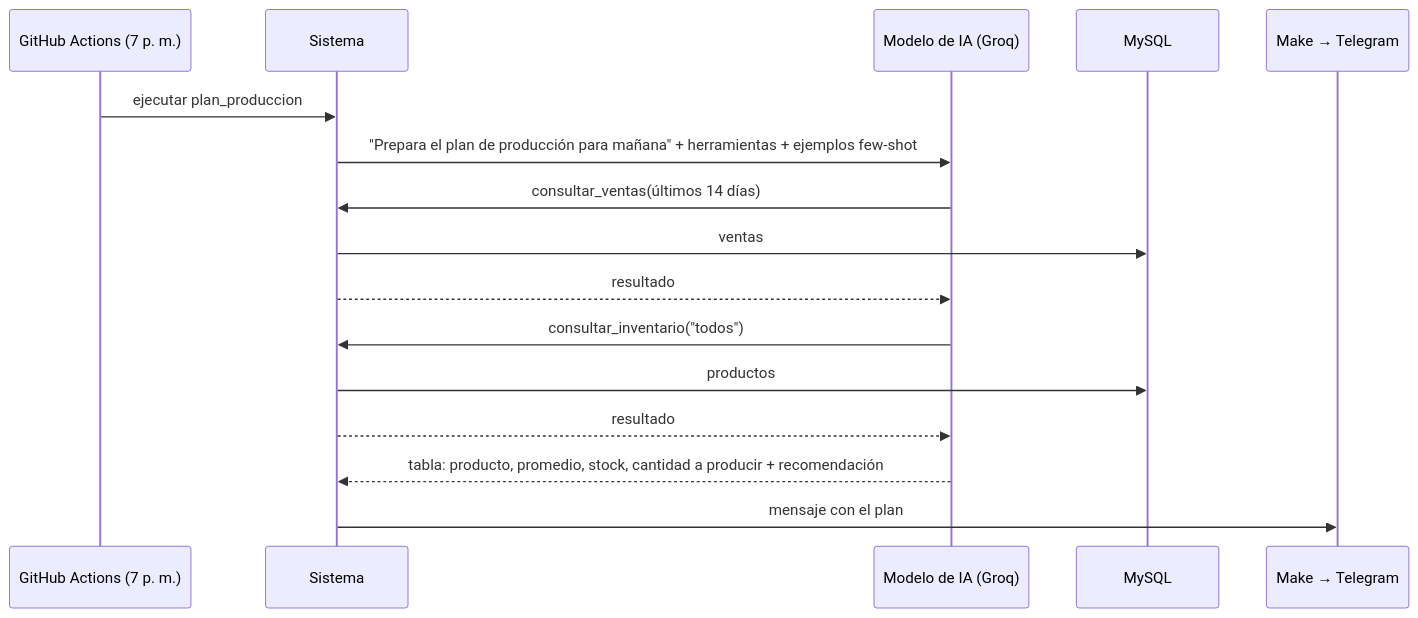
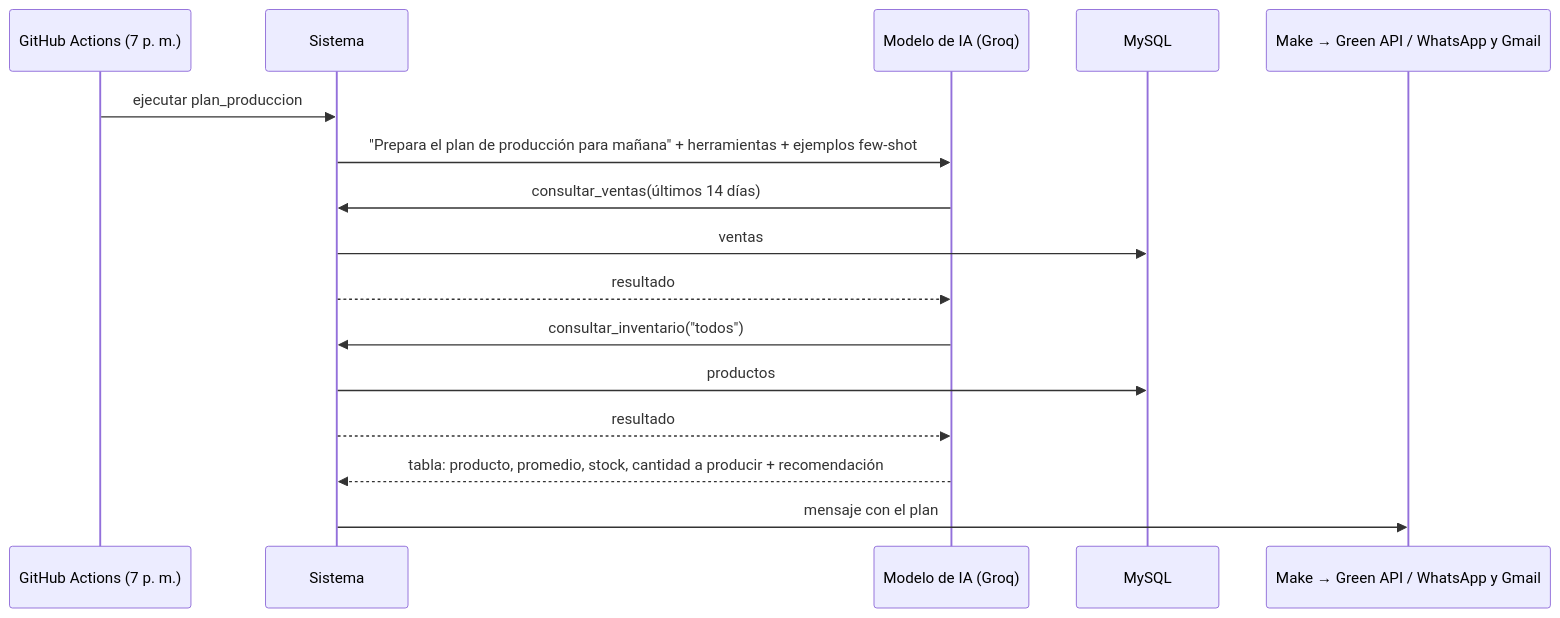
The fourth of 4 diagrams in docs/avance4/informe_avance4.md (Nva-15/sistema-panaderia-los-andes), drawn with Mermaid before and after one commit. The commit also changed other lines of this file and 37 other files, not shown here.

````diff
--- a/docs/avance4/informe_avance4.md
+++ b/docs/avance4/informe_avance4.md
@@ -106,19 +106,19 @@
 ```mermaid
 sequenceDiagram
     participant GA as GitHub Actions (7 p. m.)
     participant S as Sistema
     participant LLM as Modelo de IA (Groq)
     participant DB as MySQL
-    participant M as Make → Telegram
+    participant M as Make → Green API / WhatsApp y Gmail
 
     GA->>S: ejecutar plan_produccion
     S->>LLM: "Prepara el plan de producción para mañana" + herramientas + ejemplos few-shot
     LLM->>S: consultar_ventas(últimos 14 días)
     S->>DB: ventas
     S-->>LLM: resultado
     LLM->>S: consultar_inventario("todos")
     S->>DB: productos
     S-->>LLM: resultado
     LLM-->>S: tabla: producto, promedio, stock, cantidad a producir + recomendación
     S->>M: mensaje con el plan
 ```
````
